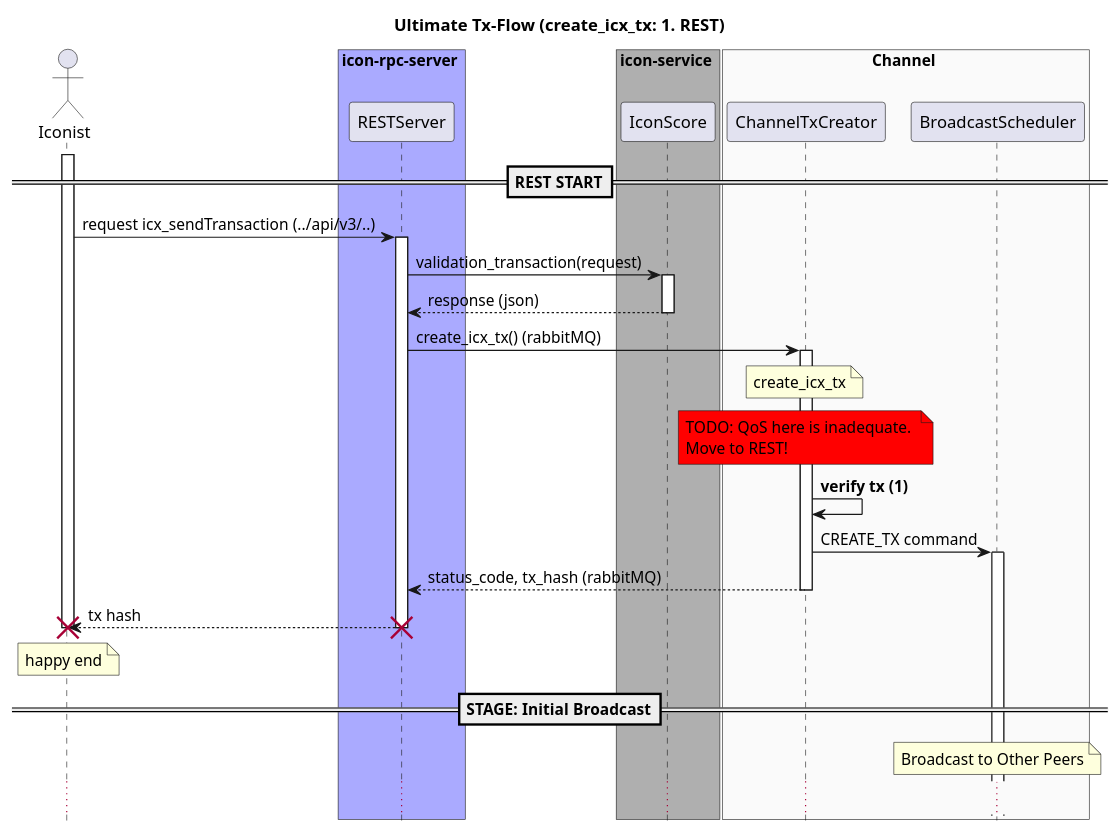
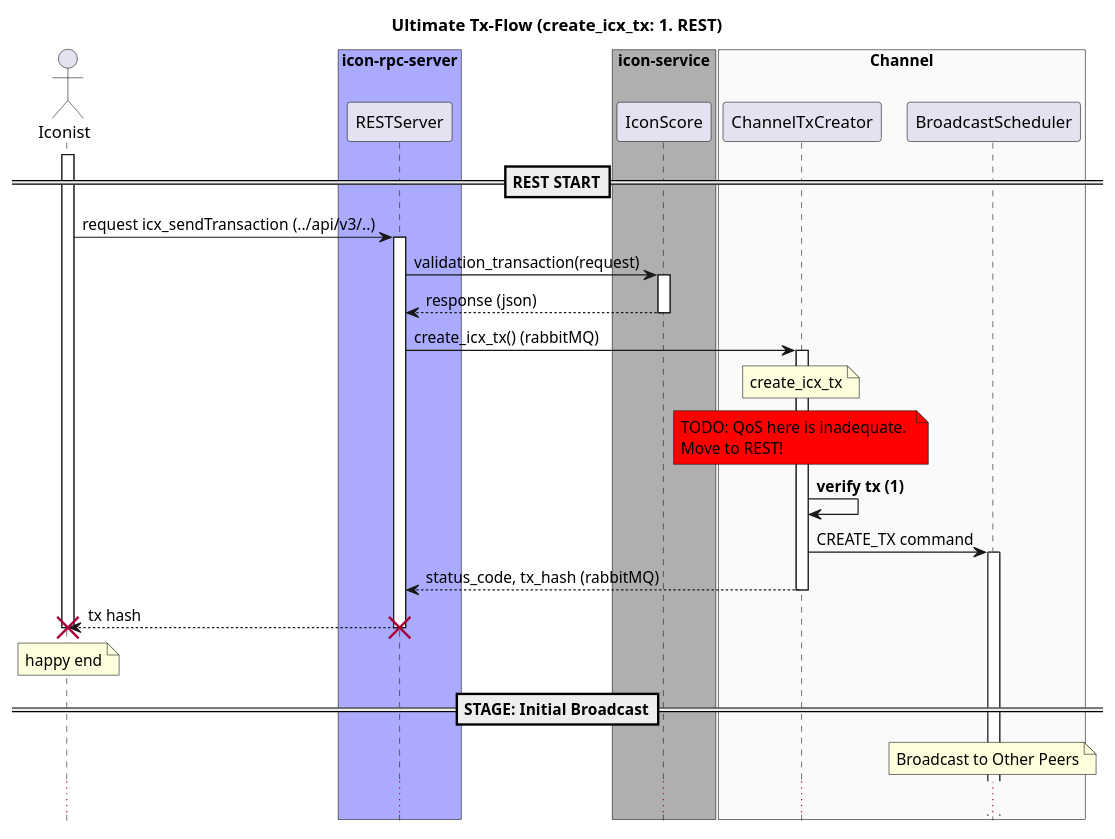
Before and after one commit to metalg0su/studies: the diagram in diagrams/tx-flow/1_REST.puml, drawn with PlantUML. The commit also changed 1 other file, not shown here.

Commit message:
Update tx-flow diagrams

```diff
--- a/diagrams/tx-flow/1_REST.puml
+++ b/diagrams/tx-flow/1_REST.puml
@@ -1,47 +1,47 @@
 @startuml
 title Ultimate Tx-Flow (create_icx_tx: 1. REST)
 hide footbox
 
 actor Iconist as user
 
-box icon-rpc-server #AAAAFF
+box "icon-rpc-server" #AAAAFF
     participant RESTServer as rest
 end box
 
-box icon-service #AFAFAF
+box "icon-service" #AFAFAF
     participant IconScore as score
 end box
 
-box Channel #FAFAFA
+box "Channel" #FAFAFA
     participant ChannelTxCreator as tx_creator
     participant BroadcastScheduler as broadcaster
 end box
 
 activate user
 
 ==REST START==
 user -> rest: request icx_sendTransaction (../api/v3/..)
 activate rest
 rest -> score: validation_transaction(request)
 activate score
 score --> rest: response (json)
 deactivate score
 rest -> tx_creator: create_icx_tx() (rabbitMQ)
 
 note over tx_creator: create_icx_tx
 activate tx_creator
 note over tx_creator #red: TODO: QoS here is inadequate. \nMove to REST!
 tx_creator -> tx_creator: **verify tx (1)**
 tx_creator -> broadcaster: CREATE_TX command
 activate broadcaster
 tx_creator --> rest: status_code, tx_hash (rabbitMQ)
 deactivate tx_creator
 user <-- rest: tx hash
 note over user: happy end
 destroy rest
 destroy user
 
 ==STAGE: Initial Broadcast==
 note over broadcaster: Broadcast to Other Peers
 ...
 @enduml
```
